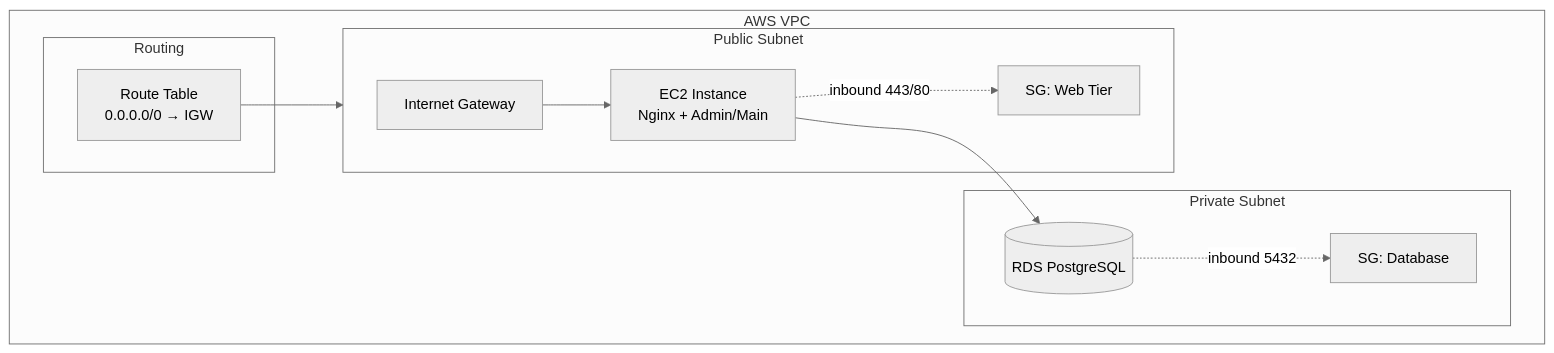
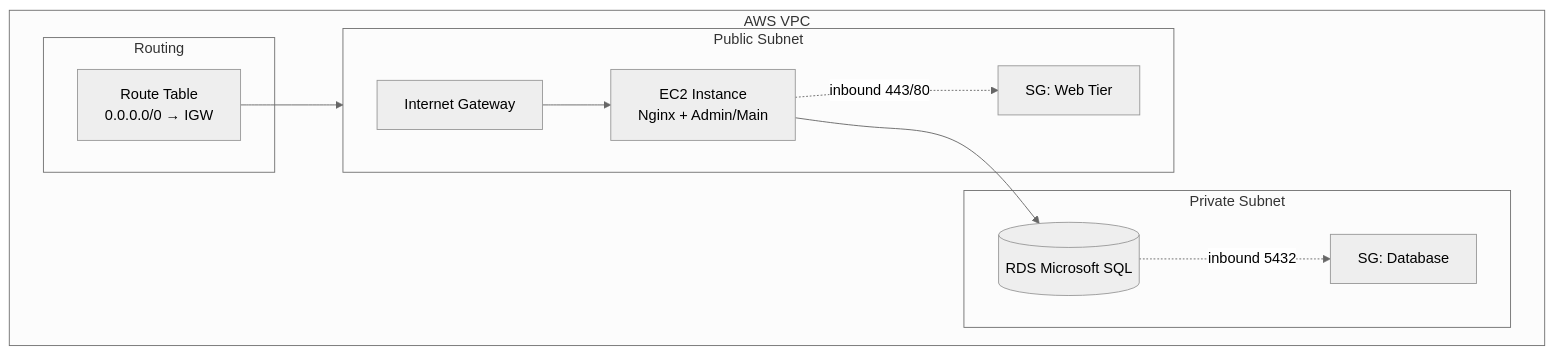
Before and after one commit to cruckman900/BusinessAsUsual: the fourth of 23 diagrams in docs/MICROSERVICEARCHITECTUREOVERVIEW.md, drawn with Mermaid (neutral theme). The commit also changed other lines of this file, not shown here.

Commit message:
updated doc to show MVC/Blazor and Microsoft SQL

````diff
--- a/docs/MICROSERVICEARCHITECTUREOVERVIEW.md
+++ b/docs/MICROSERVICEARCHITECTUREOVERVIEW.md
@@ -1561,28 +1561,28 @@
 ```mermaid
 flowchart TB
     subgraph VPC["AWS VPC"]
         
         subgraph PublicSubnet["Public Subnet"]
             IGW[Internet Gateway]
             NGINX[EC2 Instance<br/>Nginx + Admin/Main]
             SGWeb[SG: Web Tier]
         end
 
         subgraph PrivateSubnet["Private Subnet"]
-            RDS[(RDS PostgreSQL)]
+            RDS[(RDS Microsoft SQL)]
             SGRDS[SG: Database]
         end
 
         subgraph Routing["Routing"]
             RT1[Route Table<br/>0.0.0.0/0 → IGW]
         end
     end
 
     IGW --> NGINX
     NGINX --> RDS
 
     NGINX -. inbound 443/80 .-> SGWeb
     RDS -. inbound 5432 .-> SGRDS
 
     RT1 --> PublicSubnet
 ```
````
